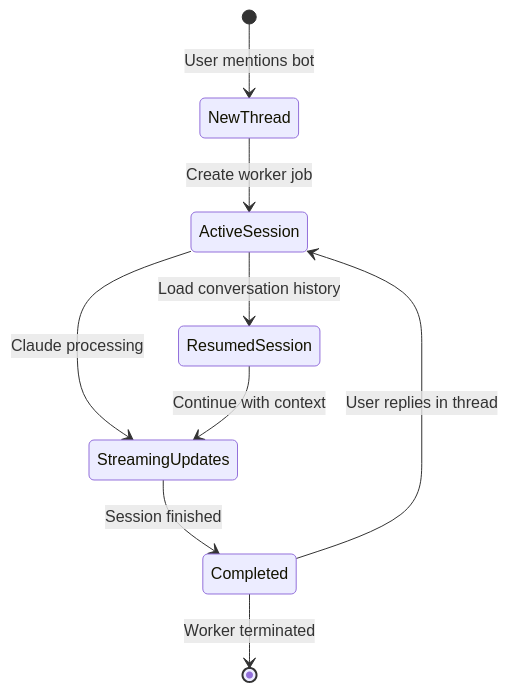
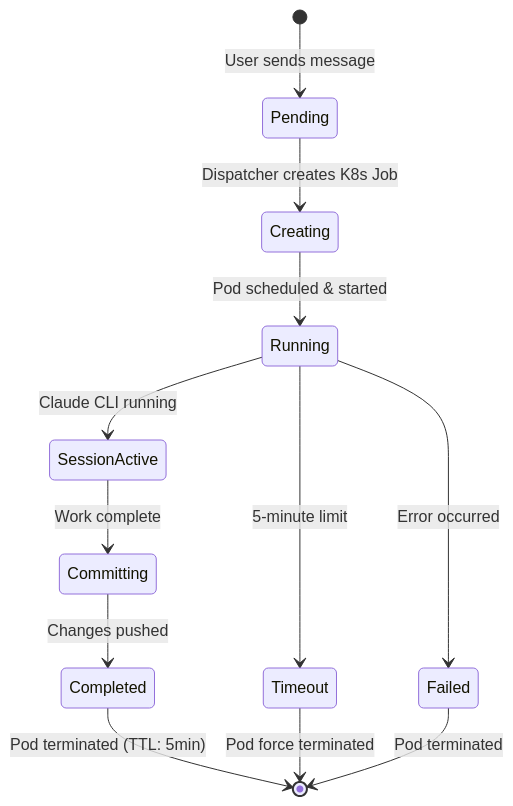
Before and after one commit to buremba/claude-code-slack: the fifth of 8 diagrams in ARCHITECTURE.md, drawn with Mermaid. The commit also changed other lines of this file and 2 other files, not shown here.

First line of the commit message:
docs: Revise architecture documentation and remove outdated file

````diff
--- a/ARCHITECTURE.md
+++ b/ARCHITECTURE.md
@@ -153,12 +174,16 @@
 ```mermaid
 stateDiagram-v2
-    [*] --> NewThread: User mentions bot
-    NewThread --> ActiveSession: Create worker job
-    ActiveSession --> StreamingUpdates: Claude processing
-    StreamingUpdates --> Completed: Session finished
-    Completed --> [*]: Worker terminated
+    [*] --> Pending: User sends message
+    Pending --> Creating: Dispatcher creates K8s Job
+    Creating --> Running: Pod scheduled & started
+    Running --> SessionActive: Claude CLI running
+    SessionActive --> Committing: Work complete
+    Committing --> Completed: Changes pushed
+    Completed --> [*]: Pod terminated (TTL: 5min)
     
-    Completed --> ActiveSession: User replies in thread
-    ActiveSession --> ResumedSession: Load conversation history
-    ResumedSession --> StreamingUpdates: Continue with context
+    Running --> Timeout: 5-minute limit
+    Timeout --> [*]: Pod force terminated
+    
+    Running --> Failed: Error occurred
+    Failed --> [*]: Pod terminated
 ```
````
